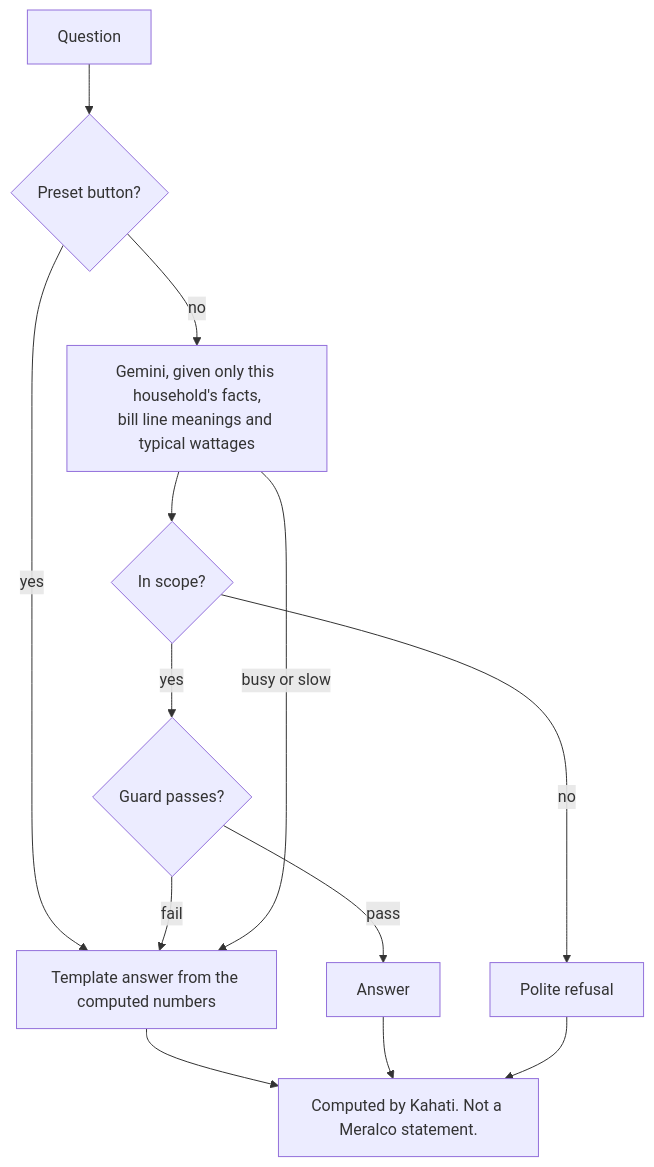
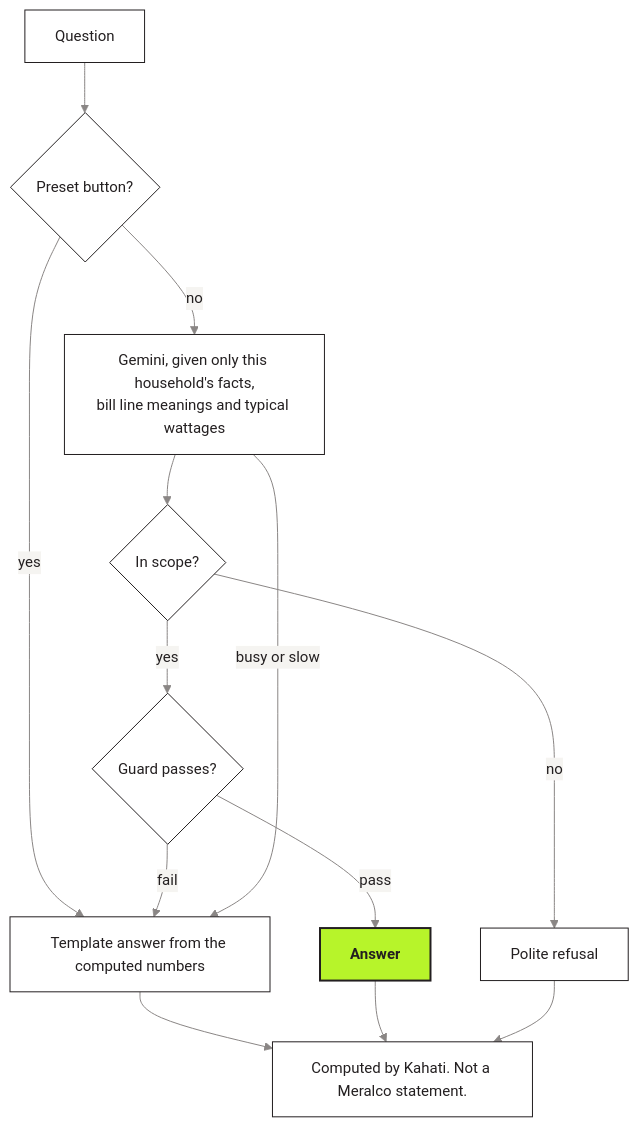
The seventh of 8 diagrams in README.md (msmeralco/TeamNewYorkStylePizza), drawn with Mermaid before and after one commit. The commit also changed other lines of this file and 1 other file, not shown here.

Commit message:
README diagrams in Kahati branding: white nodes, dark grey text, one lime key node, Inter Tight

````diff
--- a/README.md
+++ b/README.md
@@ -150,15 +168,18 @@
 ```mermaid
+%%{init: {'theme': 'base', 'themeVariables': {'fontFamily': 'Inter Tight, Inter, Segoe UI, Arial', 'fontSize': '15px', 'primaryColor': '#FFFFFF', 'primaryTextColor': '#231F20', 'primaryBorderColor': '#231F20', 'secondaryColor': '#F5F4F1', 'tertiaryColor': '#F5F4F1', 'lineColor': '#8A8685', 'textColor': '#231F20', 'clusterBkg': '#F5F4F1', 'clusterBorder': '#BDBAB8', 'edgeLabelBackground': '#F5F4F1', 'actorBkg': '#FFFFFF', 'actorBorder': '#231F20', 'actorTextColor': '#231F20', 'actorLineColor': '#8A8685', 'signalColor': '#5C5859', 'signalTextColor': '#231F20', 'noteBkgColor': '#B7F42A', 'noteTextColor': '#231F20', 'noteBorderColor': '#7A9F1B', 'labelBoxBkgColor': '#F5F4F1', 'labelBoxBorderColor': '#BDBAB8', 'loopTextColor': '#231F20'}}}%%
 flowchart TD
     Q["Question"] --> P{"Preset button?"}
     P -- "yes" --> TPL["Template answer from the computed numbers"]
     P -- "no" --> G["Gemini, given only this household's facts,<br/>bill line meanings and typical wattages"]
     G --> S{"In scope?"}
     S -- "no" --> REF["Polite refusal"]
     S -- "yes" --> GUARD{"Guard passes?"}
     GUARD -- "pass" --> ANS["Answer"]
     GUARD -- "fail" --> TPL
     G -- "busy or slow" --> TPL
     TPL --> FOOT["Computed by Kahati. Not a Meralco statement."]
     ANS --> FOOT
     REF --> FOOT
+    classDef key fill:#B7F42A,stroke:#231F20,stroke-width:2px,color:#231F20,font-weight:bold
+    class ANS key
 ```
````
